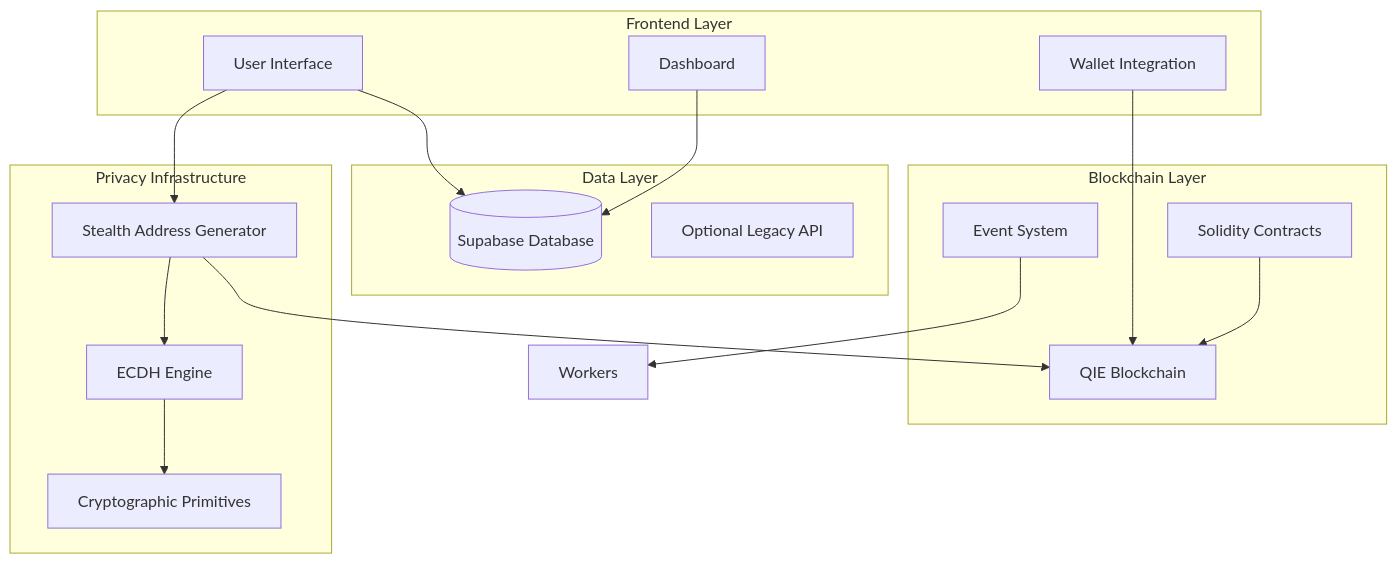
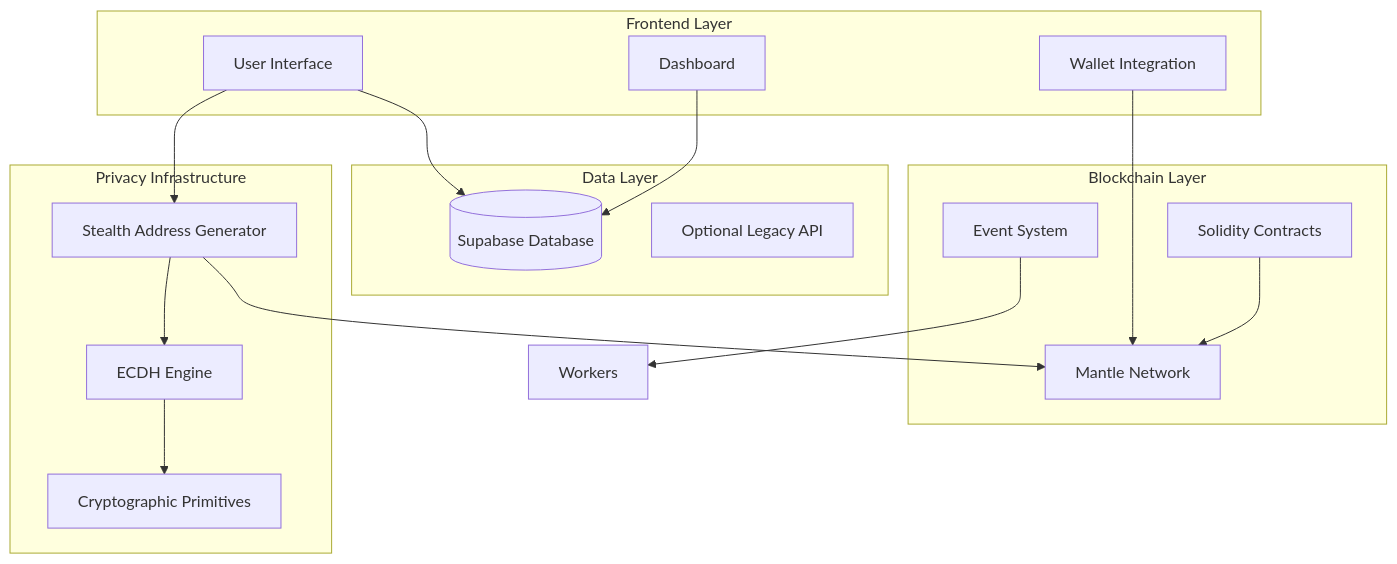
The first of 8 diagrams in README.md (AmaanSayyad/Private-Pay-Mantle), drawn with Mermaid before and after one commit. The commit also changed other lines of this file and 1 other file, not shown here.

First line of the commit message:
docs: Update README and add feature roadmap for Mantle hackathon

````diff
--- a/README.md
+++ b/README.md
@@ -266,35 +268,35 @@
 ```mermaid
 graph TB
     subgraph "Frontend Layer"
         UI[User Interface]
         Wallet[Wallet Integration]
         Dashboard[Dashboard]
     end
     
     subgraph "Data Layer"
         DB[(Supabase Database)]
         API[Optional Legacy API]
     end
     
     subgraph "Blockchain Layer"
-        QIE[QIE Blockchain]
+        Mantle[Mantle Network]
         Solidity[Solidity Contracts]
         Events[Event System]
     end
     
     subgraph "Privacy Infrastructure"
         Stealth[Stealth Address Generator]
         ECDH[ECDH Engine]
         Crypto[Cryptographic Primitives]
     end
     
     UI --> DB
-    Wallet --> QIE
+    Wallet --> Mantle
     Dashboard --> DB
     UI --> Stealth
-    Stealth --> QIE
+    Stealth --> Mantle
     Stealth --> ECDH
     ECDH --> Crypto
-    Solidity --> QIE
+    Solidity --> Mantle
     Events --> Workers
 ```
````
